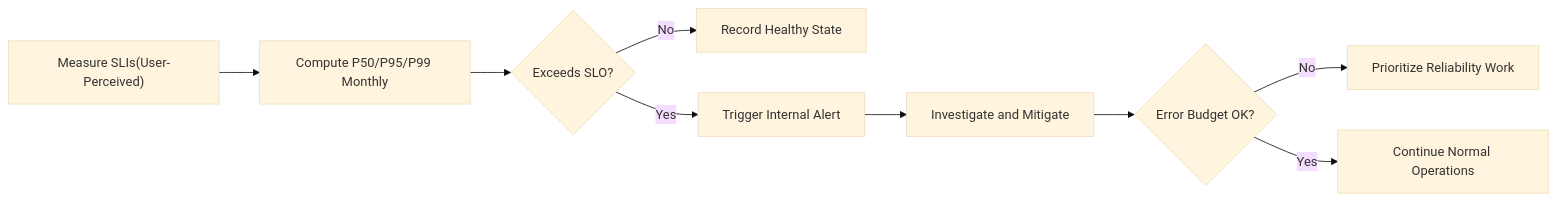
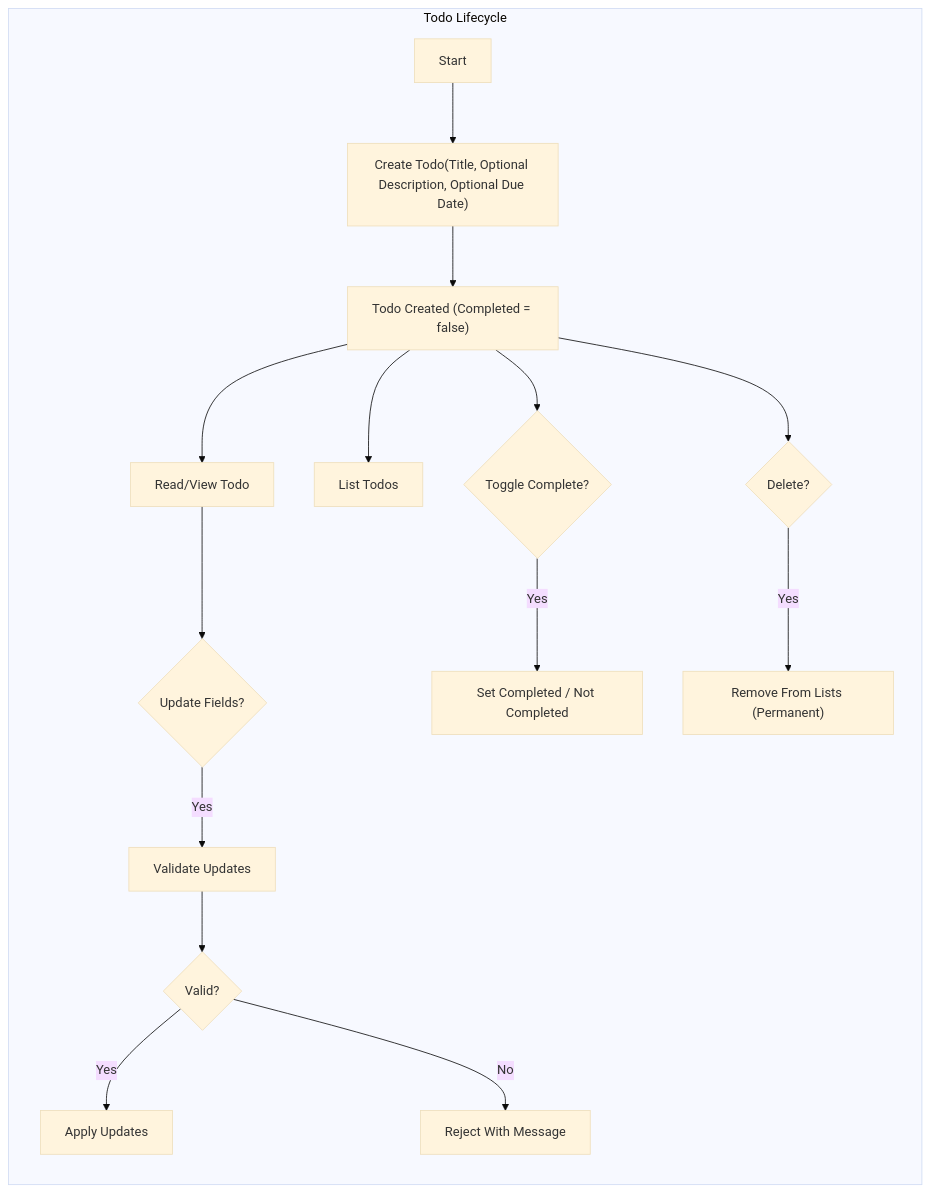
Before and after one commit to wrtnlabs/autobe-examples: the second of 2 diagrams in openai/gpt-5/todo/docs/analysis/08-non-functional-requirements.md, drawn with Mermaid (base theme). The commit also changed other lines of this file and 16146 other files, not shown here.

````diff
--- a/openai/gpt-5/todo/docs/analysis/08-non-functional-requirements.md
+++ b/openai/gpt-5/todo/docs/analysis/08-non-functional-requirements.md
@@ -161,11 +238,18 @@
 ```mermaid
 graph LR
-  A["Measure SLIs(User-Perceived)"] --> B["Compute P50/P95/P99 Monthly"]
-  B --> C{"Exceeds SLO?"}
-  C -->|"No"| D["Record Healthy State"]
-  C -->|"Yes"| E["Trigger Internal Alert"]
-  E --> F["Investigate and Mitigate"]
-  F --> G{"Error Budget OK?"}
-  G -->|"No"| H["Prioritize Reliability Work"]
-  G -->|"Yes"| I["Continue Normal Operations"]
+  subgraph "Todo Lifecycle"
+    A["Start"] --> B["Create Todo(Title, Optional Description, Optional Due Date)"]
+    B --> C["Todo Created (Completed = false)"]
+    C --> D["Read/View Todo"]
+    C --> E["List Todos"]
+    D --> F{"Update Fields?"}
+    F -->|"Yes"| G["Validate Updates"]
+    G --> H{"Valid?"}
+    H -->|"Yes"| I["Apply Updates"]
+    H -->|"No"| J["Reject With Message"]
+    C --> K{"Toggle Complete?"}
+    K -->|"Yes"| L["Set Completed / Not Completed"]
+    C --> M{"Delete?"}
+    M -->|"Yes"| N["Remove From Lists (Permanent)"]
+  end
 ```
````
